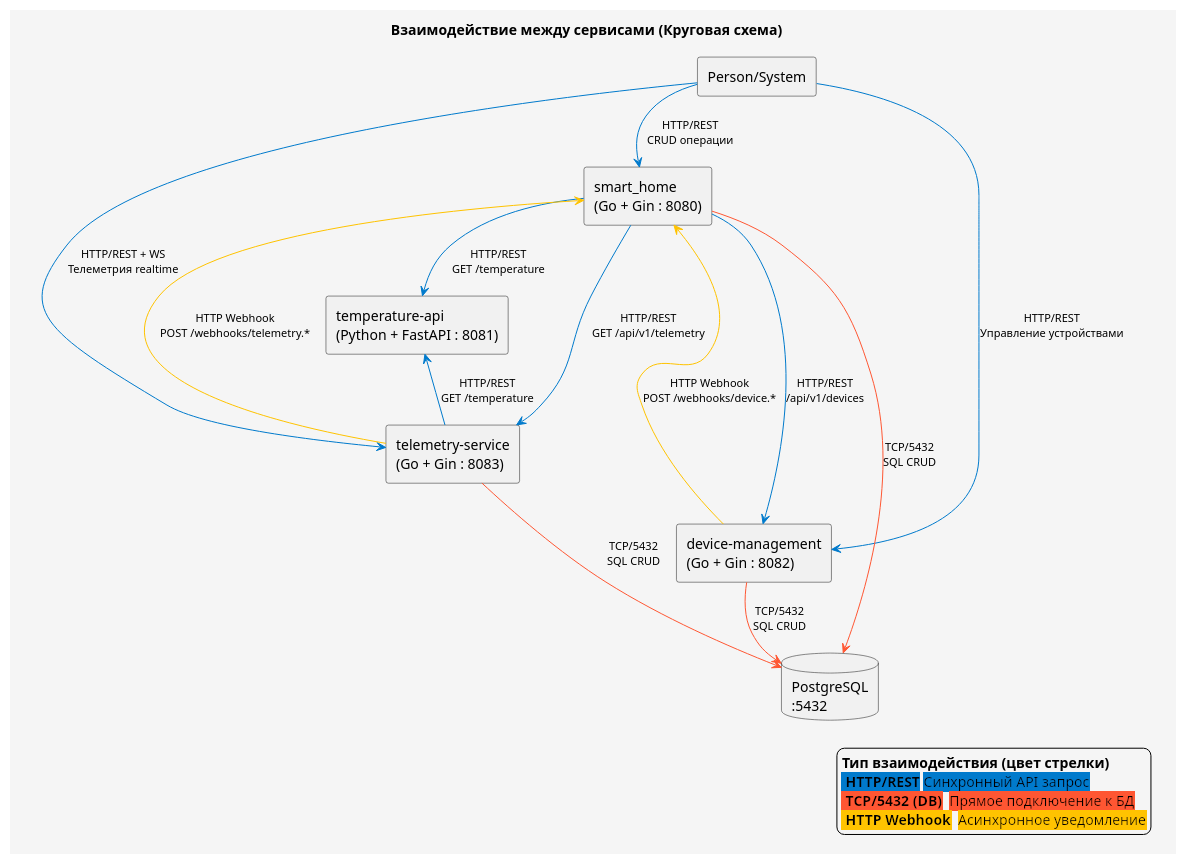
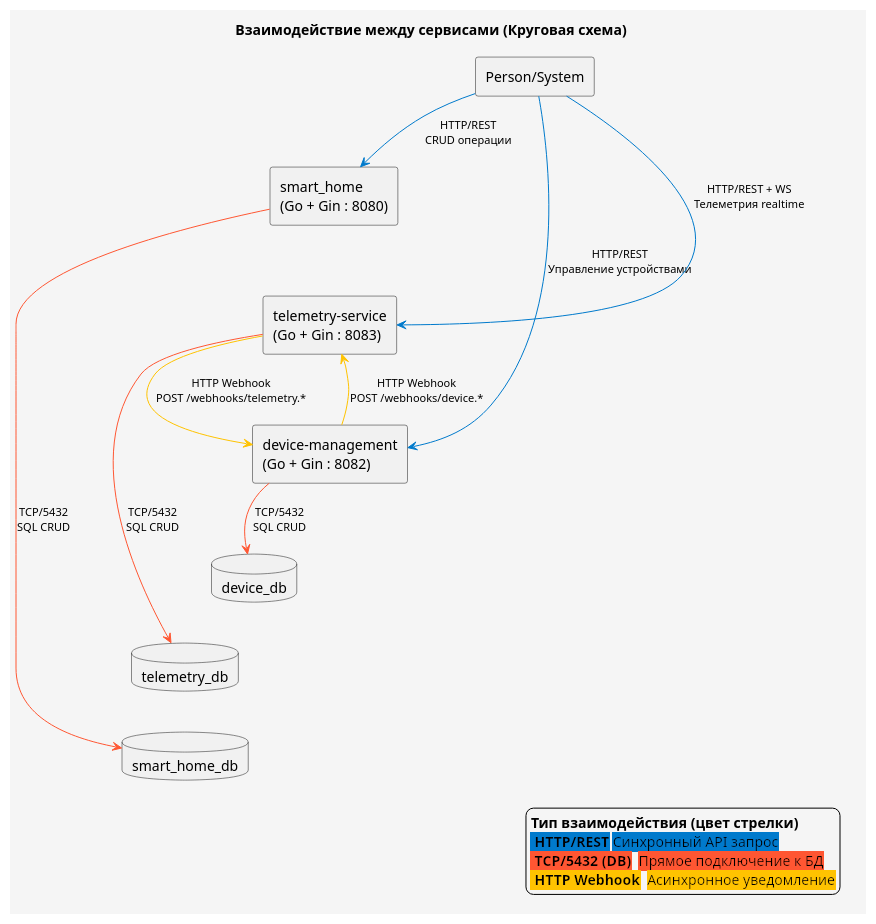
Before and after one commit to stebikhov/architecture-pro-warmhouse: the diagram in docs/to-be/service-interaction-diagram.puml, drawn with PlantUML. The commit also changed 43 other files, not shown here.

Commit message:
Fix build and extends ER model

```diff
--- a/docs/to-be/service-interaction-diagram.puml
+++ b/docs/to-be/service-interaction-diagram.puml
@@ -1,56 +1,54 @@
 @startuml
 title Взаимодействие между сервисами (Круговая схема)
 
 skinparam backgroundColor #F5F5F5
 skinparam componentStyle rectangle
 skinparam arrowFontSize 11
 skinparam nodesep 30
 skinparam ranksep 40
 
 ' --- Участники (в порядке круга) ---
 component "Person/System" as Person
 component "smart_home\n(Go + Gin : 8080)" as SmartHome
-component "temperature-api\n(Python + FastAPI : 8081)" as TempAPI
 component "telemetry-service\n(Go + Gin : 8083)" as Telemetry
 component "device-management\n(Go + Gin : 8082)" as DeviceMgmt
-database "PostgreSQL\n:5432" as DB
+database "smart_home_db" as SHDB
+database "telemetry_db" as TDB
+database "device_db" as DDB
 
-' --- Скрытые связи для круга (ТОЛЬКО [hidden], без dotted!) ---
+' --- Скрытые связи для круга ---
 Person -[hidden]- SmartHome
-SmartHome -[hidden]- TempAPI
-TempAPI -[hidden]- Telemetry
+SmartHome -[hidden]- Telemetry
 Telemetry -[hidden]- DeviceMgmt
-DeviceMgmt -[hidden]- DB
-DB -[hidden]- Person
+DeviceMgmt -[hidden]- DDB
+DDB -[hidden]- TDB
+TDB -[hidden]- SHDB
+SHDB -[hidden]- Person
 
-' --- Реальные взаимодействия (Цветные стрелки) ---
+' --- Реальные взаимодействия ---
 
 ' Клиентские запросы (Синий: HTTP/REST)
 Person -[#007ACC]> SmartHome : HTTP/REST\nCRUD операции
 Person -[#007ACC]> DeviceMgmt : HTTP/REST\nУправление устройствами
 Person -[#007ACC]> Telemetry : HTTP/REST + WS\nТелеметрия realtime
 
 ' SmartHome взаимодействия
-SmartHome -[#FF5733]> DB : TCP/5432\nSQL CRUD
-SmartHome -[#007ACC]> TempAPI : HTTP/REST\nGET /temperature
-SmartHome -[#007ACC]> DeviceMgmt : HTTP/REST\n/api/v1/devices
-SmartHome -[#007ACC]> Telemetry : HTTP/REST\nGET /api/v1/telemetry
+SmartHome -[#FF5733]> SHDB : TCP/5432\nSQL CRUD
 
 ' Device Management взаимодействия
-DeviceMgmt -[#FF5733]> DB : TCP/5432\nSQL CRUD
-DeviceMgmt -[#FFC300]> SmartHome : HTTP Webhook\nPOST /webhooks/device.*
+DeviceMgmt -[#FF5733]> DDB : TCP/5432\nSQL CRUD
+DeviceMgmt -[#FFC300]> Telemetry : HTTP Webhook\nPOST /webhooks/device.*
 
 ' Telemetry взаимодействия
-Telemetry -[#FF5733]> DB : TCP/5432\nSQL CRUD
-Telemetry -[#007ACC]> TempAPI : HTTP/REST\nGET /temperature
-Telemetry -[#FFC300]> SmartHome : HTTP Webhook\nPOST /webhooks/telemetry.*
+Telemetry -[#FF5733]> TDB : TCP/5432\nSQL CRUD
+Telemetry -[#FFC300]> DeviceMgmt : HTTP Webhook\nPOST /webhooks/telemetry.*
 
 legend right
   <b>Тип взаимодействия (цвет стрелки)</b>
   <back:#007ACC> <b>HTTP/REST</b> Синхронный API запрос 
   <back:#FF5733> <b>TCP/5432 (DB)</b>  Прямое подключение к БД
   <back:#FFC300> <b>HTTP Webhook</b>  Асинхронное уведомление
 end legend
 
 
 @enduml
```
